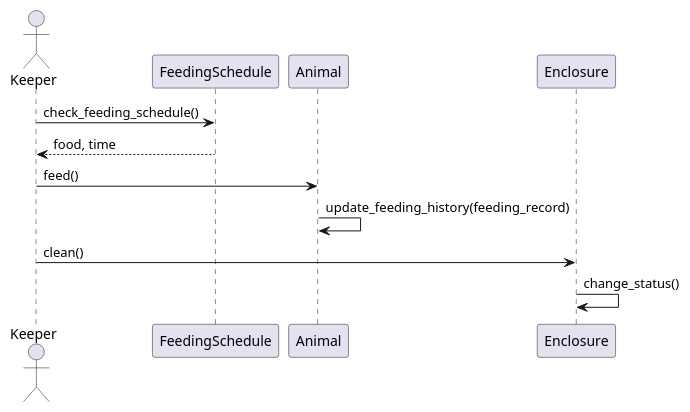
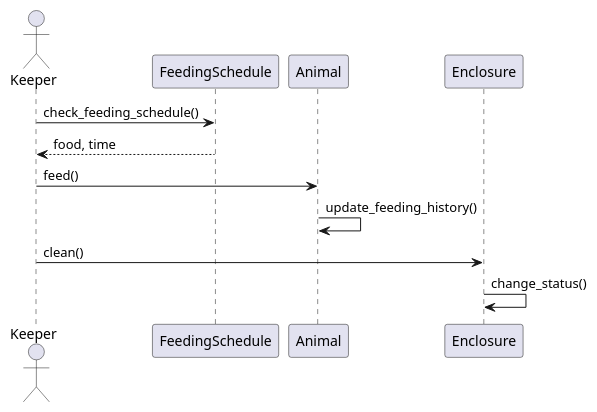
One commit to font-weight/OOD_zoo_management changed the diagram in sequence_keeper.plantuml. Above: the diagram before and after it, drawn with PlantUML.

```diff
--- a/sequence_keeper.plantuml
+++ b/sequence_keeper.plantuml
@@ -1,17 +1,17 @@
 @startuml
 actor Keeper
 participant "FeedingSchedule" as Schedule
 participant "Animal"
 participant "Enclosure"
 
 ' Feeding
 Keeper -> Schedule : check_feeding_schedule()
 Schedule --> Keeper : food, time
 
 Keeper -> Animal : feed()
-Animal -> Animal : update_feeding_history(feeding_record)
+Animal -> Animal : update_feeding_history()
 
 ' Cleaning
 Keeper -> Enclosure : clean()
 Enclosure -> Enclosure : change_status()
 @enduml
```
